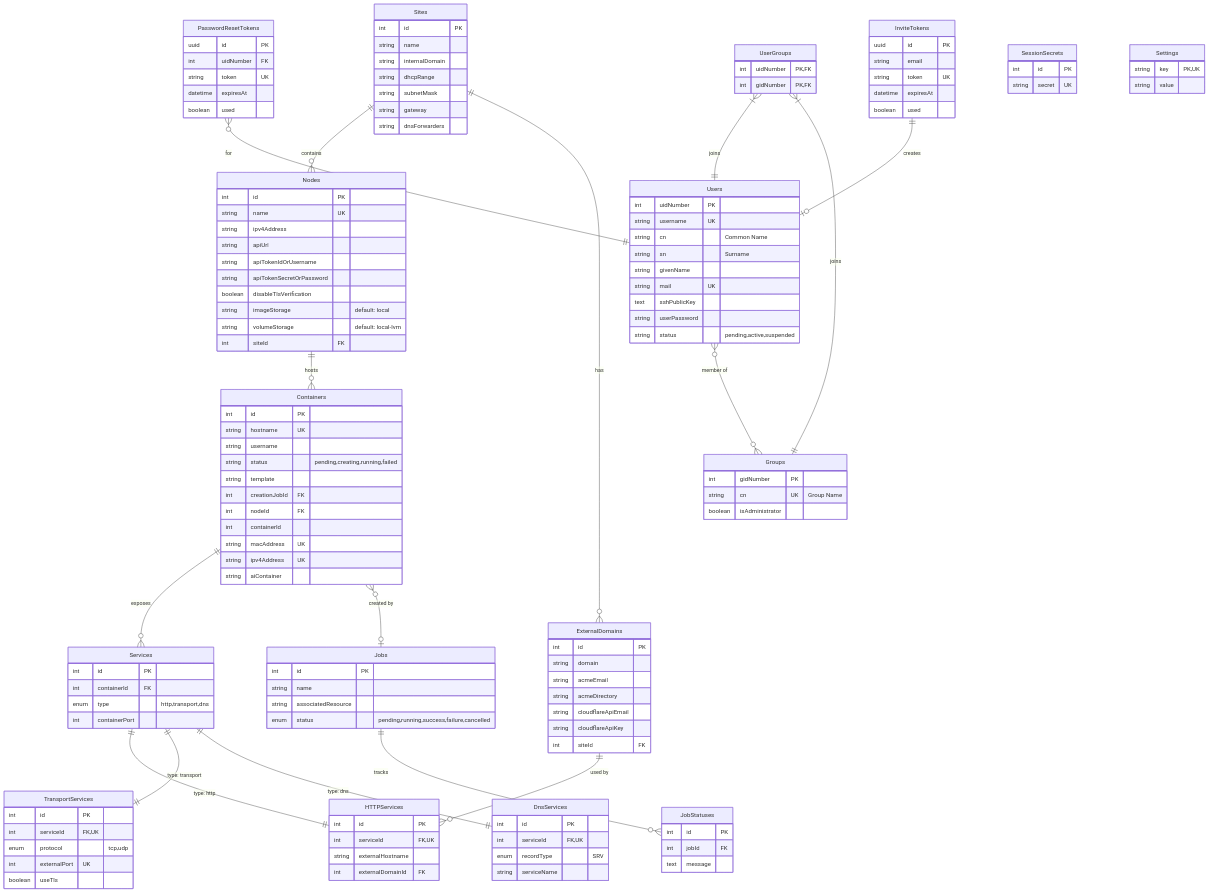
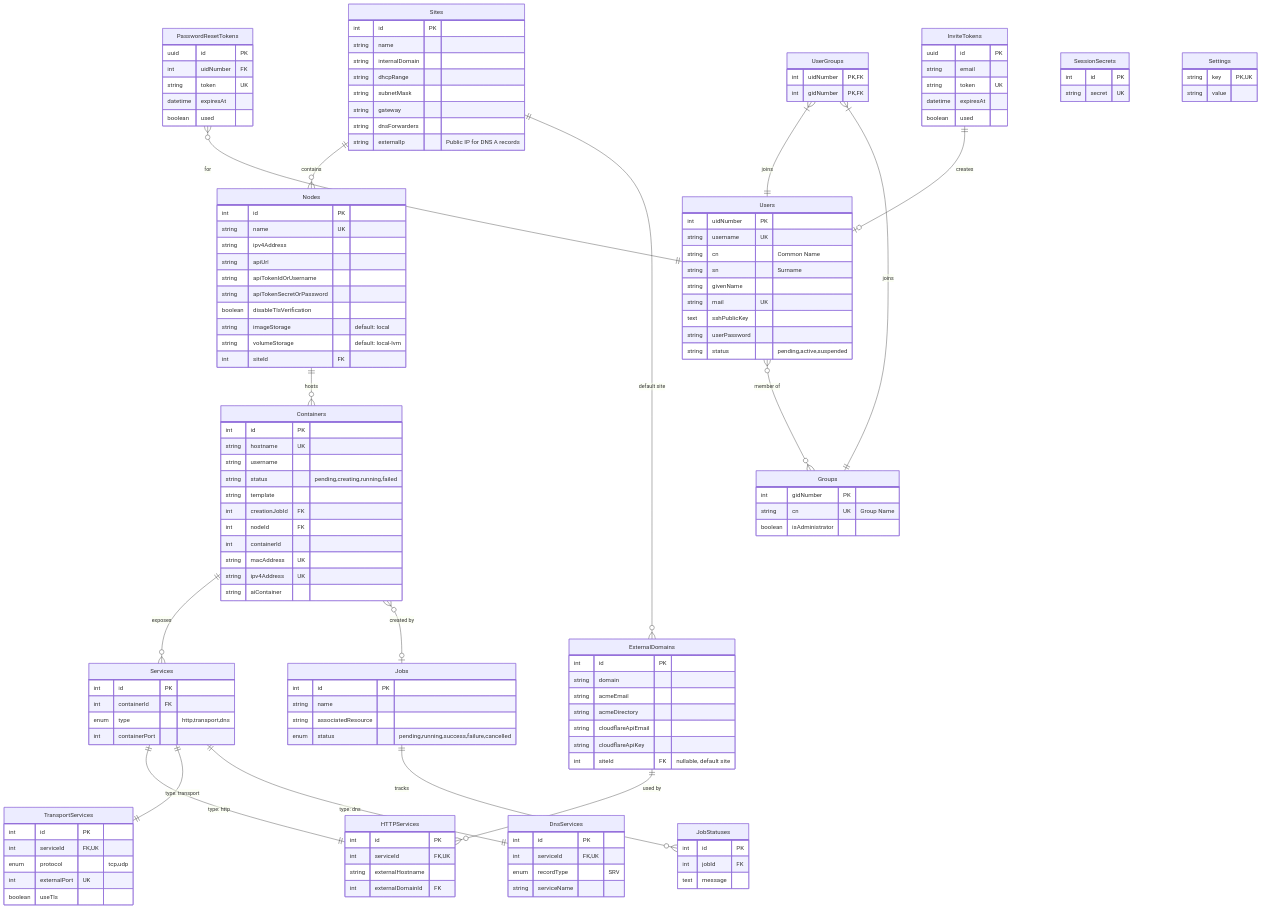
One commit to mieweb/opensource-server changed the diagram in mie-opensource-landing/docs/developers/database-schema.md. Above: the diagram before and after it, drawn with Mermaid. The commit also changed other lines of this file and 16 other files, not shown here.

Commit message:
feat: many-to-many site/external domain associations #195

````diff
--- a/mie-opensource-landing/docs/developers/database-schema.md
+++ b/mie-opensource-landing/docs/developers/database-schema.md
@@ -11,7 +11,7 @@
 ```mermaid
 erDiagram
     Sites ||--o{ Nodes : contains
-    Sites ||--o{ ExternalDomains : has
+    Sites ||--o{ ExternalDomains : "default site"
     Nodes ||--o{ Containers : hosts
     Containers ||--o{ Services : exposes
     Containers }o--o| Jobs : "created by"
@@ -34,6 +34,7 @@
         string subnetMask
         string gateway
         string dnsForwarders
+        string externalIp "Public IP for DNS A records"
     }
 
     Nodes {
@@ -99,7 +100,7 @@
         string acmeDirectory
         string cloudflareApiEmail
         string cloudflareApiKey
-        int siteId FK
+        int siteId FK "nullable, default site"
     }
 
     Jobs {
````
